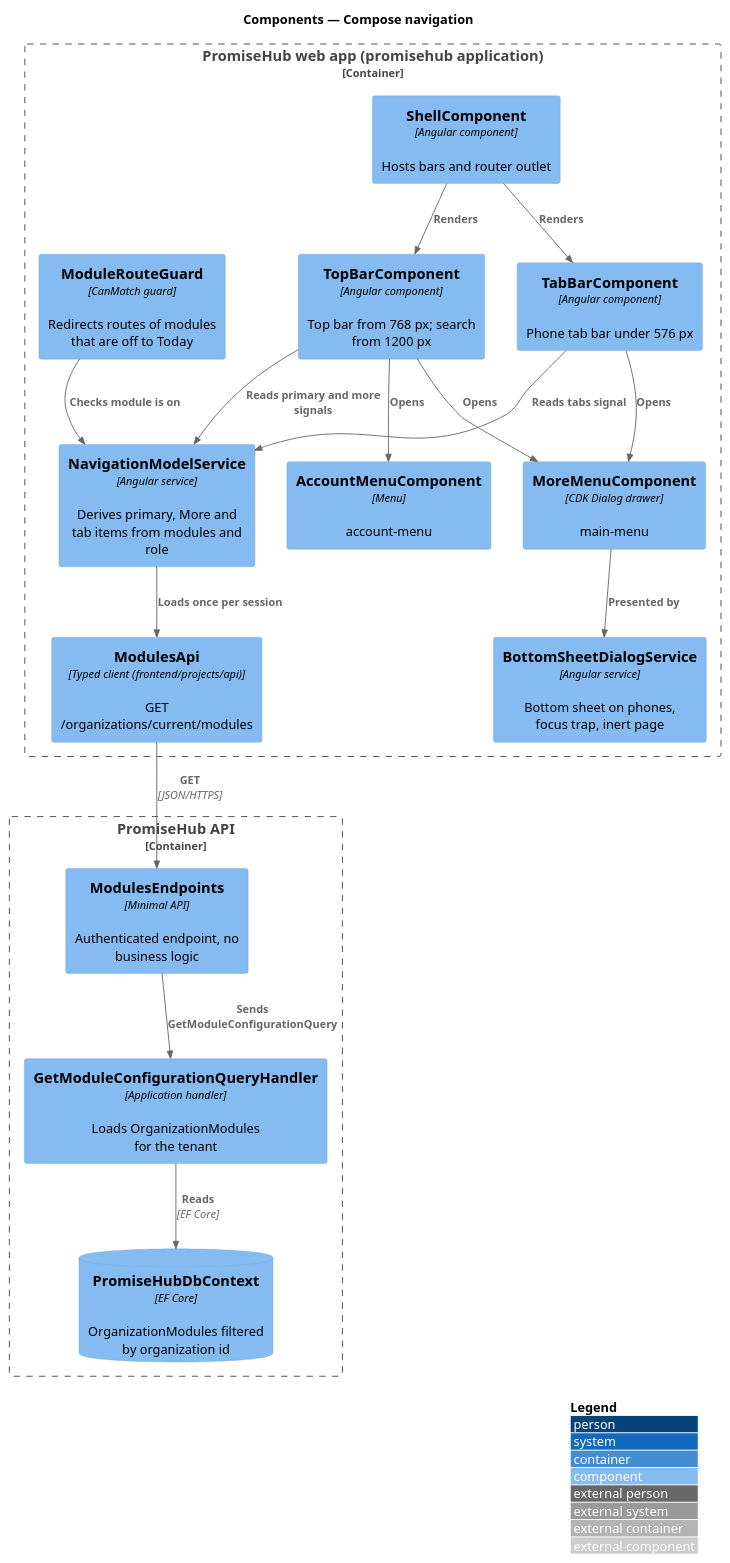
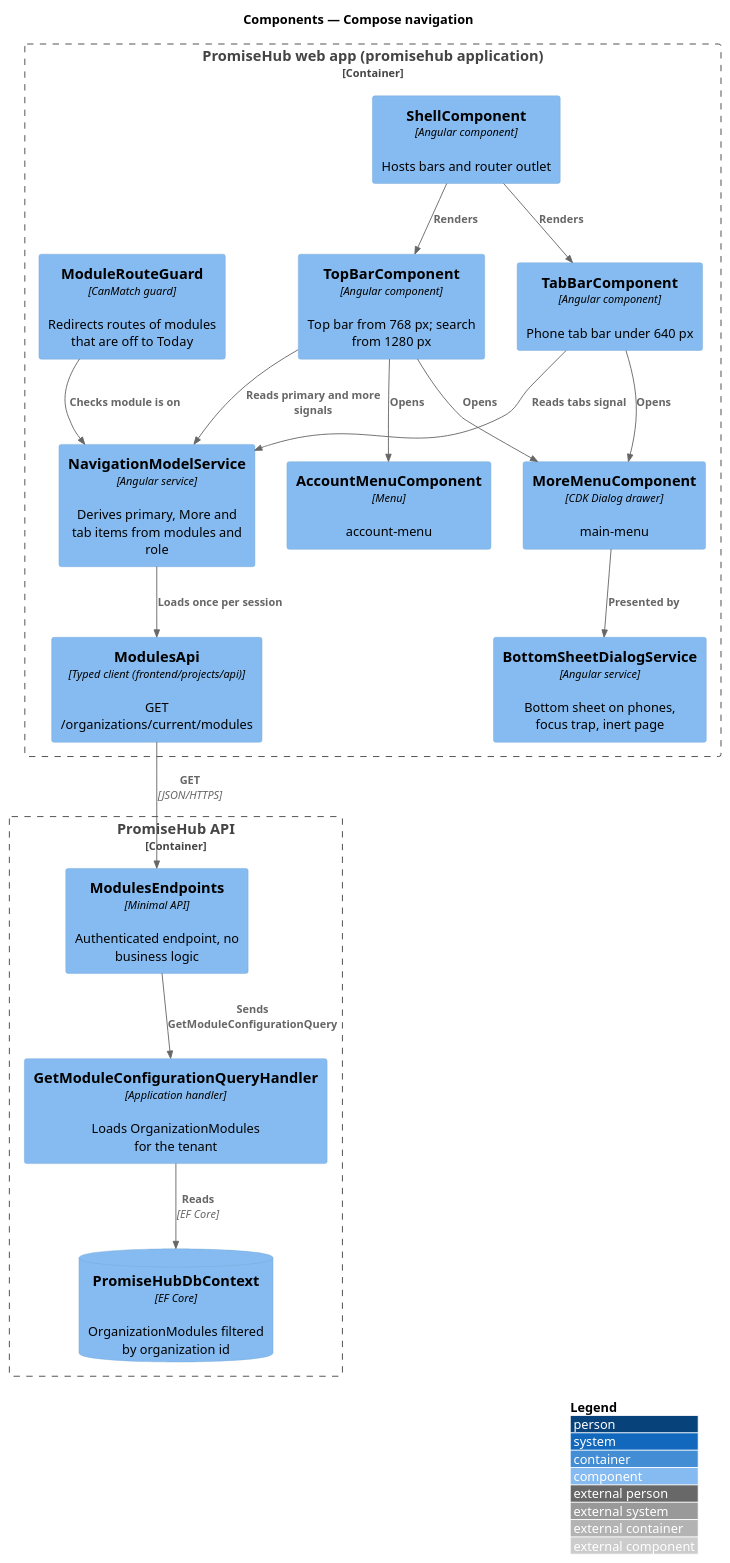
The diagram in docs/detailed-designs/shell/compose-navigation/diagrams/c4-component.puml (QuinntyneBrown/promise-hub), drawn with PlantUML before and after one commit. The commit also changed 154 other files, not shown here.

```diff
--- a/docs/detailed-designs/shell/compose-navigation/diagrams/c4-component.puml
+++ b/docs/detailed-designs/shell/compose-navigation/diagrams/c4-component.puml
@@ -1,35 +1,35 @@
 @startuml
 !include <C4/C4_Component>
 LAYOUT_WITH_LEGEND()
 title Components — Compose navigation
 
 Container_Boundary(web, "PromiseHub web app (promisehub application)") {
   Component(shell, "ShellComponent", "Angular component", "Hosts bars and router outlet")
   Component(nav, "NavigationModelService", "Angular service", "Derives primary, More and tab items from modules and role")
-  Component(topbar, "TopBarComponent", "Angular component", "Top bar from 768 px; search from 1200 px")
-  Component(tabbar, "TabBarComponent", "Angular component", "Phone tab bar under 576 px")
+  Component(topbar, "TopBarComponent", "Angular component", "Top bar from 768 px; search from 1280 px")
+  Component(tabbar, "TabBarComponent", "Angular component", "Phone tab bar under 640 px")
   Component(more, "MoreMenuComponent", "CDK Dialog drawer", "main-menu")
   Component(account, "AccountMenuComponent", "Menu", "account-menu")
   Component(sheet, "BottomSheetDialogService", "Angular service", "Bottom sheet on phones, focus trap, inert page")
   Component(guard, "ModuleRouteGuard", "CanMatch guard", "Redirects routes of modules that are off to Today")
   Component(modulesApi, "ModulesApi", "Typed client (frontend/projects/api)", "GET /organizations/current/modules")
 }
 Container_Boundary(api, "PromiseHub API") {
   Component(endpoints, "ModulesEndpoints", "Minimal API", "Authenticated endpoint, no business logic")
   Component(handler, "GetModuleConfigurationQueryHandler", "Application handler", "Loads OrganizationModules for the tenant")
   ComponentDb(db, "PromiseHubDbContext", "EF Core", "OrganizationModules filtered by organization id")
 }
 Rel(shell, topbar, "Renders")
 Rel(shell, tabbar, "Renders")
 Rel(topbar, nav, "Reads primary and more signals")
 Rel(tabbar, nav, "Reads tabs signal")
 Rel(topbar, more, "Opens")
 Rel(tabbar, more, "Opens")
 Rel(more, sheet, "Presented by")
 Rel(topbar, account, "Opens")
 Rel(guard, nav, "Checks module is on")
 Rel(nav, modulesApi, "Loads once per session")
 Rel(modulesApi, endpoints, "GET", "JSON/HTTPS")
 Rel(endpoints, handler, "Sends GetModuleConfigurationQuery")
 Rel(handler, db, "Reads", "EF Core")
 @enduml
```
